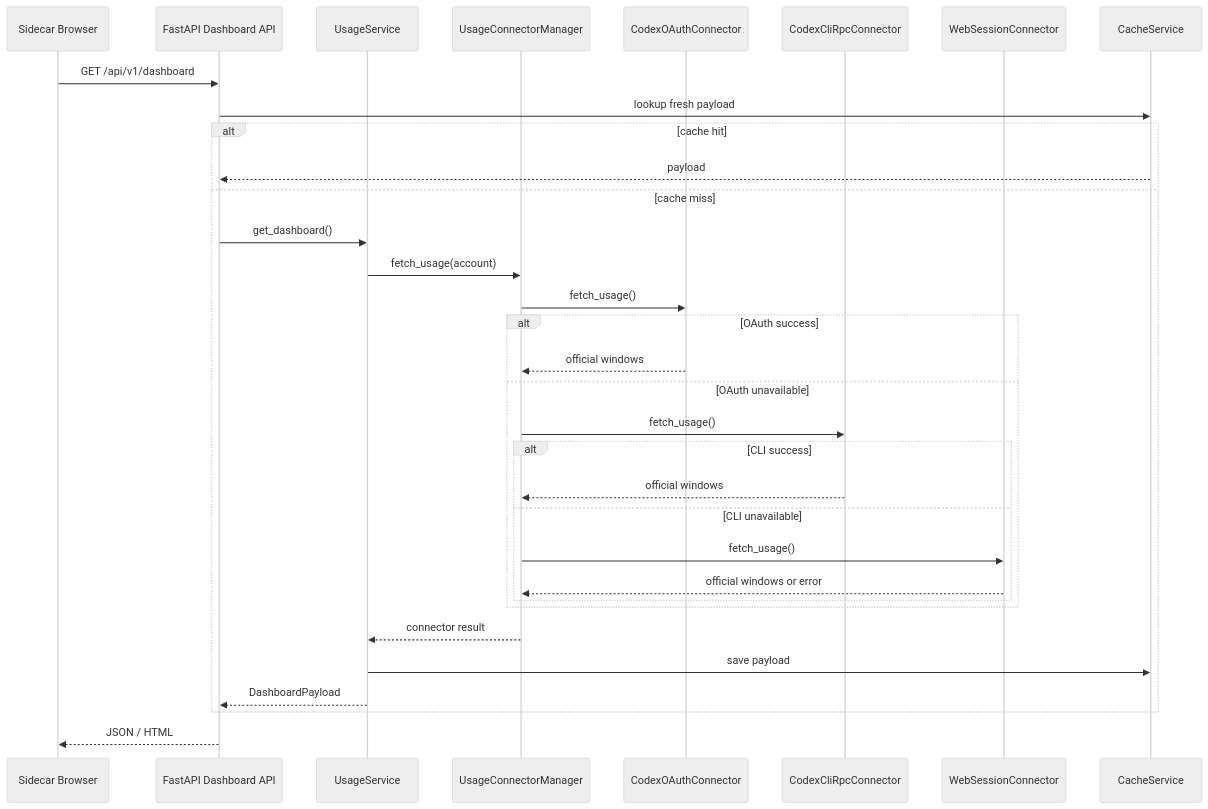
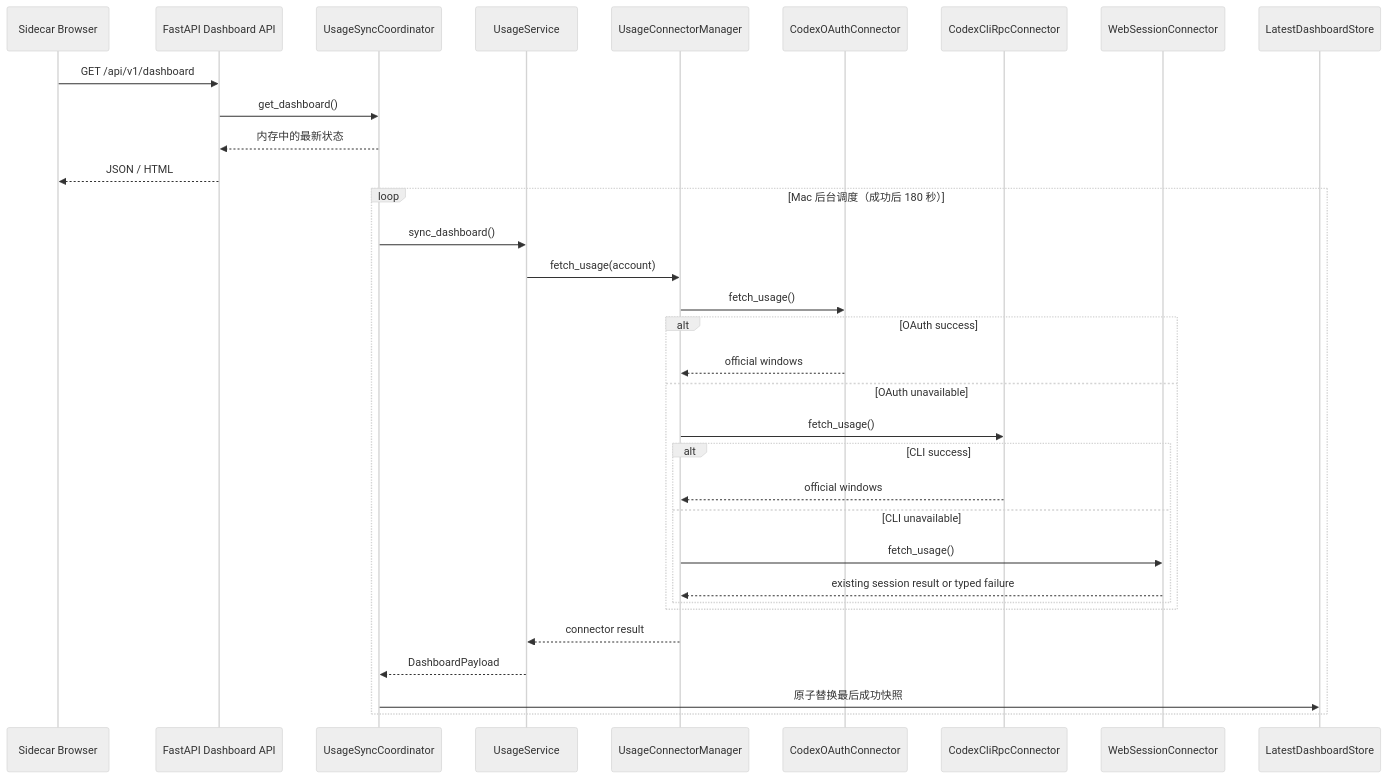
The second of 3 diagrams in docs/TECH_ARCHITECTURE_V1.0.0.md (gbs00/Token_BI), drawn with Mermaid (neutral theme) before and after one commit. The commit also changed other lines of this file and 29 other files, not shown here.

````diff
--- a/docs/TECH_ARCHITECTURE_V1.0.0.md
+++ b/docs/TECH_ARCHITECTURE_V1.0.0.md
@@ -432,36 +436,37 @@
 ```mermaid
 sequenceDiagram
     participant Sidecar as Sidecar Browser
     participant API as FastAPI Dashboard API
+    participant Coordinator as UsageSyncCoordinator
     participant Usage as UsageService
     participant Manager as UsageConnectorManager
     participant OAuth as CodexOAuthConnector
     participant CLI as CodexCliRpcConnector
     participant Web as WebSessionConnector
-    participant Cache as CacheService
+    participant Store as LatestDashboardStore
 
     Sidecar->>API: GET /api/v1/dashboard
-    API->>Cache: lookup fresh payload
-    alt cache hit
-        Cache-->>API: payload
-    else cache miss
-        API->>Usage: get_dashboard()
+    API->>Coordinator: get_dashboard()
+    Coordinator-->>API: 内存中的最新状态
+    API-->>Sidecar: JSON / HTML
+
+    loop Mac 后台调度（成功后 180 秒）
+        Coordinator->>Usage: sync_dashboard()
         Usage->>Manager: fetch_usage(account)
         Manager->>OAuth: fetch_usage()
         alt OAuth success
             OAuth-->>Manager: official windows
         else OAuth unavailable
             Manager->>CLI: fetch_usage()
             alt CLI success
                 CLI-->>Manager: official windows
             else CLI unavailable
                 Manager->>Web: fetch_usage()
-                Web-->>Manager: official windows or error
+                Web-->>Manager: existing session result or typed failure
             end
         end
         Manager-->>Usage: connector result
-        Usage->>Cache: save payload
-        Usage-->>API: DashboardPayload
+        Usage-->>Coordinator: DashboardPayload
+        Coordinator->>Store: 原子替换最后成功快照
     end
-    API-->>Sidecar: JSON / HTML
 ```
````
